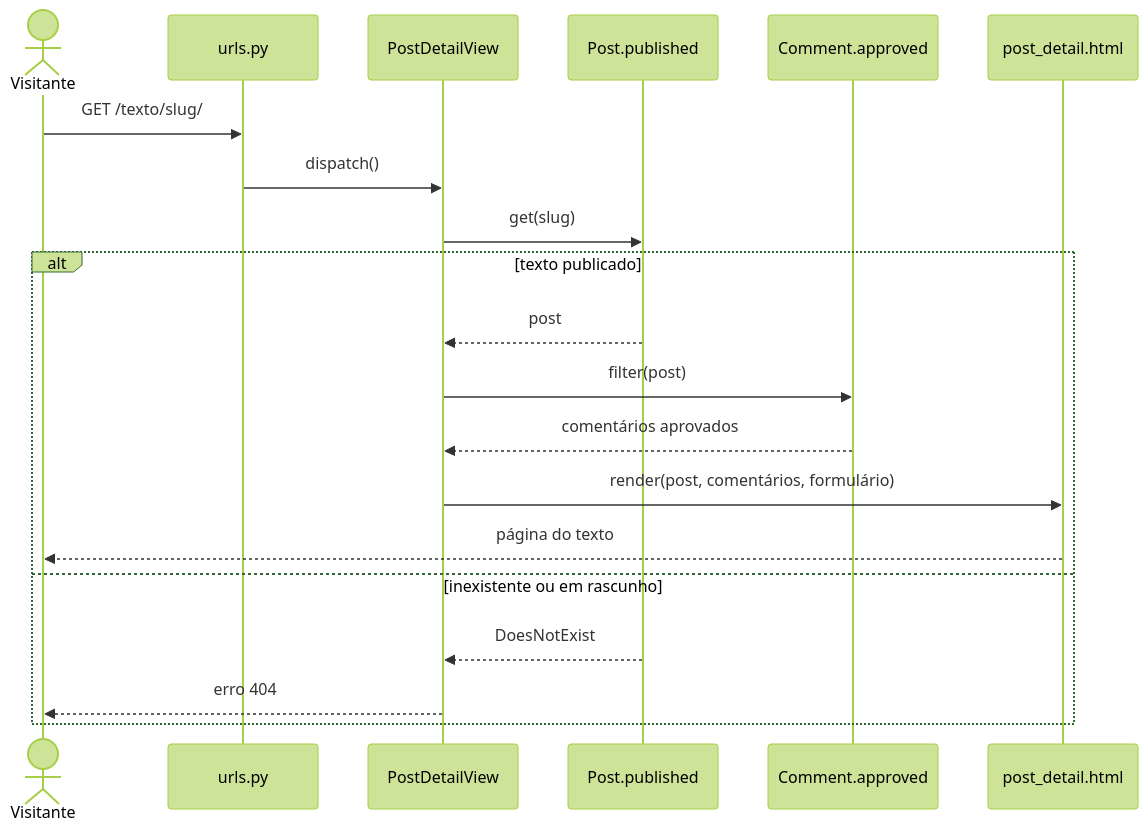
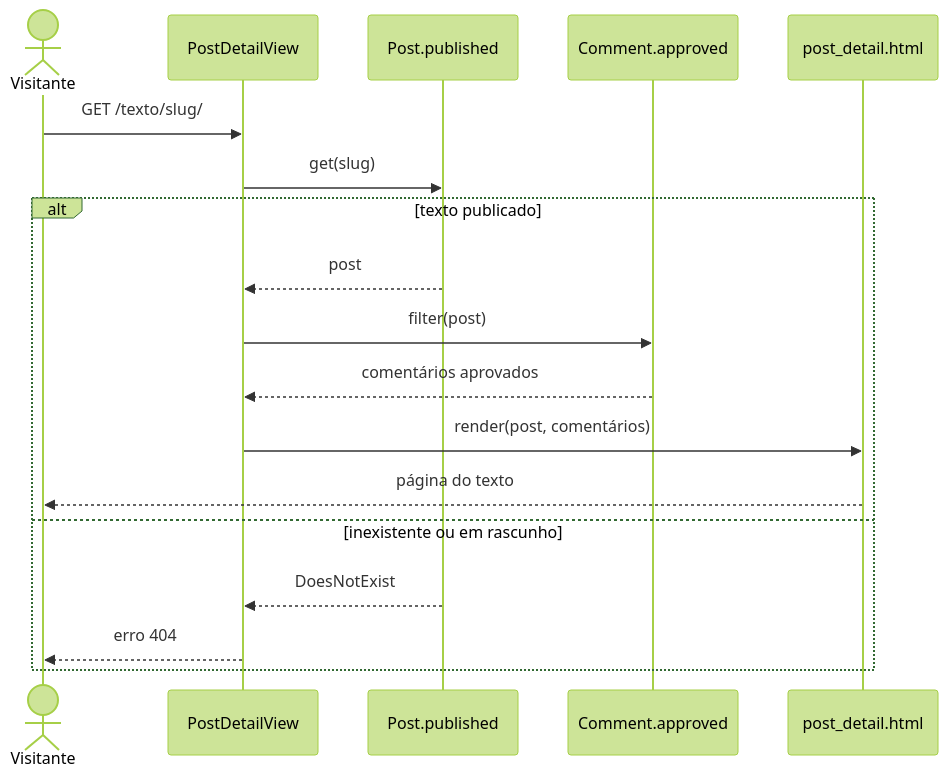
The diagram in docs/sequencia-de-projeto/UC02.md (ataraxia-ppads/ataraxia-blog), drawn with Mermaid (forest theme) before and after one commit. The commit also changed 5 other files, not shown here.

First line of the commit message:
docs: cinco raias por diagrama, em vez de seis

````diff
--- a/docs/sequencia-de-projeto/UC02.md
+++ b/docs/sequencia-de-projeto/UC02.md
@@ -3,22 +3,20 @@
 ```mermaid
 sequenceDiagram
     actor V as Visitante
-    participant U as urls.py
     participant Vw as PostDetailView
     participant P as Post.published
     participant C as Comment.approved
     participant T as post_detail.html
-    V->>U: GET /texto/slug/
-    U->>Vw: dispatch()
+    V->>Vw: GET /texto/slug/
     Vw->>P: get(slug)
     alt texto publicado
         P-->>Vw: post
         Vw->>C: filter(post)
         C-->>Vw: comentários aprovados
-        Vw->>T: render(post, comentários, formulário)
+        Vw->>T: render(post, comentários)
         T-->>V: página do texto
     else inexistente ou em rascunho
         P-->>Vw: DoesNotExist
         Vw-->>V: erro 404
     end
 ```
````
